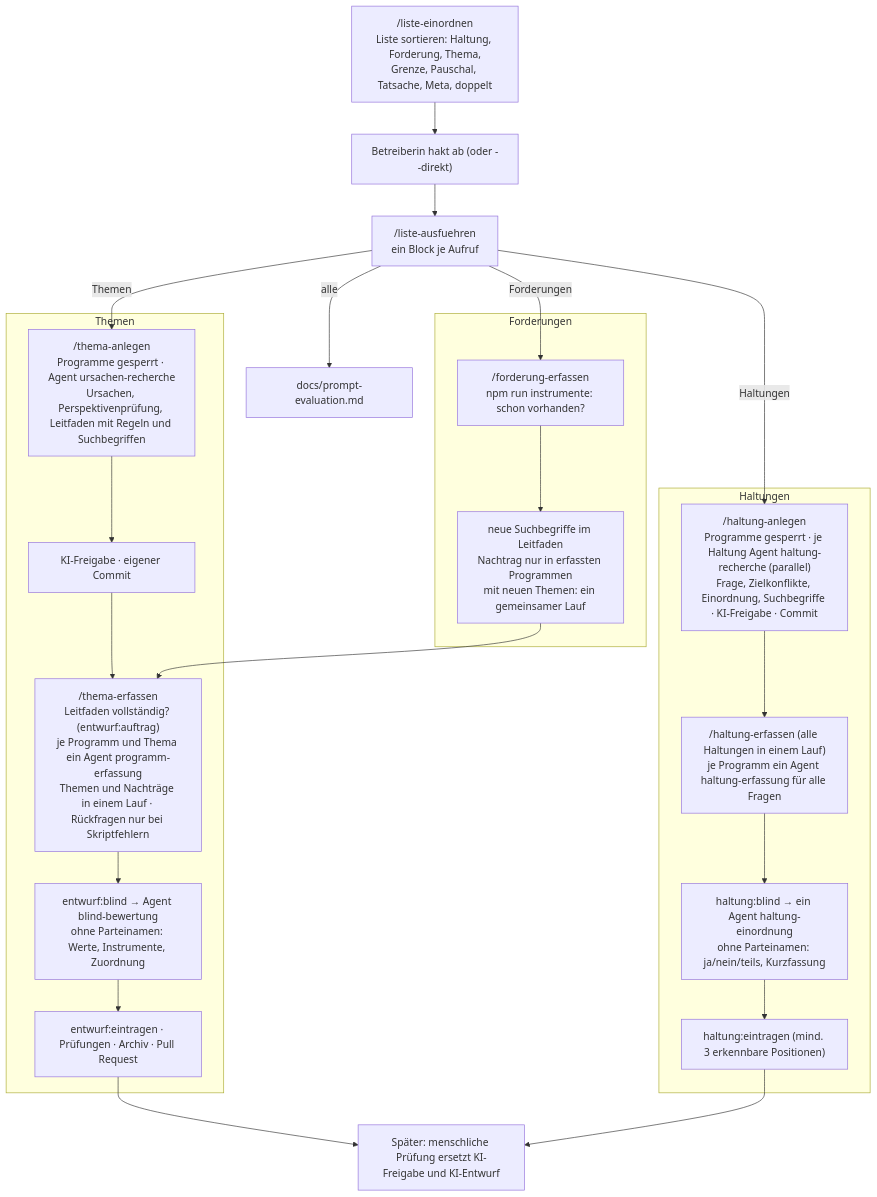
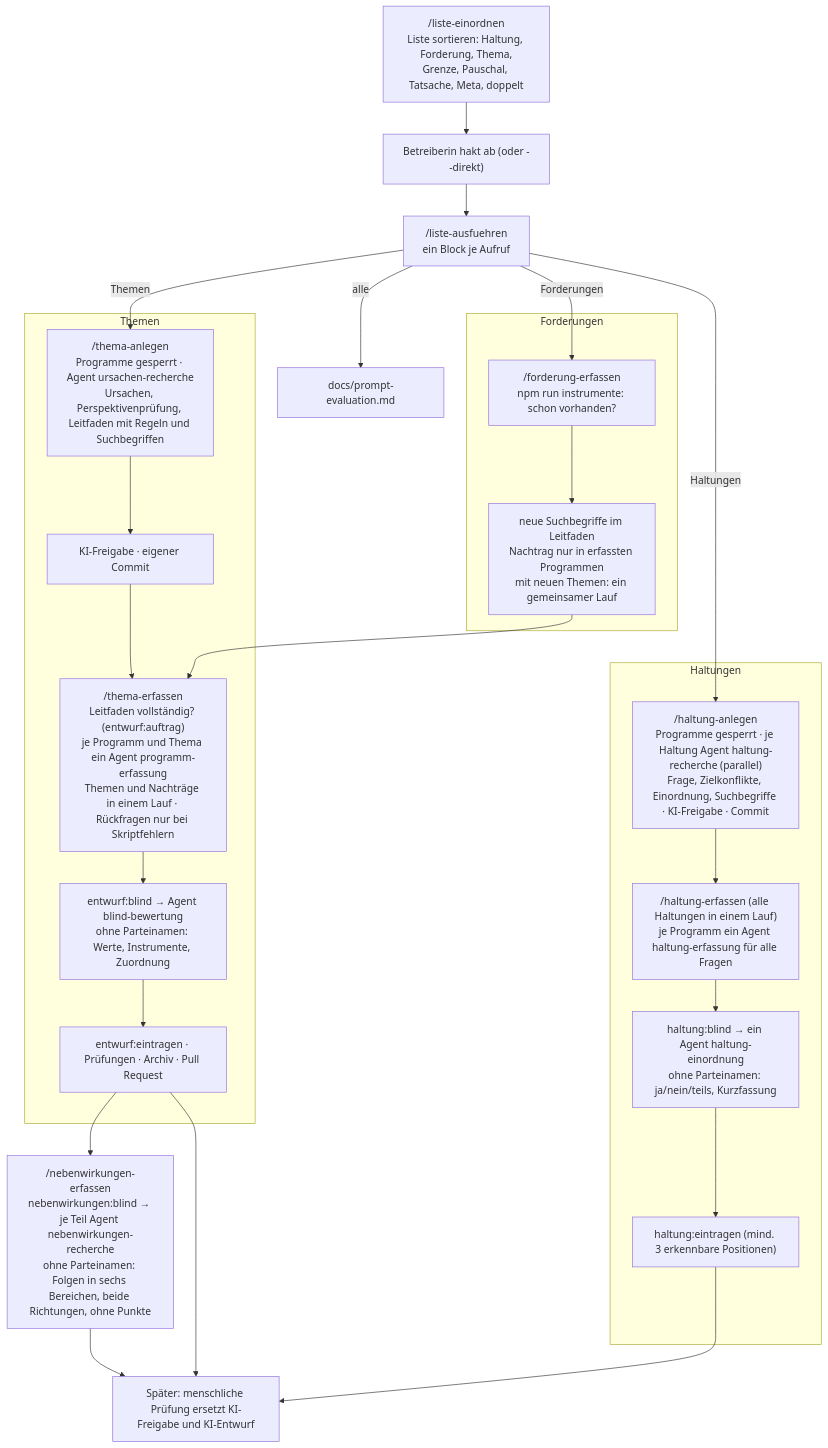
Before and after one commit to politik-duell/politik-duell: the diagram in .claude/skills/README.md, drawn with Mermaid. The commit also changed other lines of this file and 12 other files, not shown here.

First line of the commit message:
Skill /nebenwirkungen-erfassen mit den Lehren aus dem Pilot

````diff
--- a/.claude/skills/README.md
+++ b/.claude/skills/README.md
@@ -5,33 +5,35 @@
 ```mermaid
 flowchart TD
     L["/liste-einordnen<br/>Liste sortieren: Haltung, Forderung, Thema,<br/>Grenze, Pauschal, Tatsache, Meta, doppelt"]
     LA["Betreiberin hakt ab (oder --direkt)"]
     LB["/liste-ausfuehren<br/>ein Block je Aufruf"]
     L --> LA --> LB
     LB -->|Haltungen| H1
     LB -->|Themen| T1
     LB -->|Forderungen| F1
     LB -->|alle| EV["docs/prompt-evaluation.md"]
     subgraph T["Themen"]
         T1["/thema-anlegen<br/>Programme gesperrt · Agent ursachen-recherche<br/>Ursachen, Perspektivenprüfung, Leitfaden mit Regeln und Suchbegriffen"]
         T2["KI-Freigabe · eigener Commit"]
         T3["/thema-erfassen<br/>Leitfaden vollständig? (entwurf:auftrag)<br/>je Programm und Thema ein Agent programm-erfassung<br/>Themen und Nachträge in einem Lauf · Rückfragen nur bei Skriptfehlern"]
         T4["entwurf:blind → Agent blind-bewertung<br/>ohne Parteinamen: Werte, Instrumente, Zuordnung"]
         T5["entwurf:eintragen · Prüfungen · Archiv · Pull Request"]
         T1 --> T2 --> T3 --> T4 --> T5
     end
     subgraph F["Forderungen"]
         F1["/forderung-erfassen<br/>npm run instrumente: schon vorhanden?"]
         F2["neue Suchbegriffe im Leitfaden<br/>Nachtrag nur in erfassten Programmen<br/>mit neuen Themen: ein gemeinsamer Lauf"]
         F1 --> F2 --> T3
     end
     subgraph H["Haltungen"]
         H1["/haltung-anlegen<br/>Programme gesperrt · je Haltung Agent haltung-recherche (parallel)<br/>Frage, Zielkonflikte, Einordnung, Suchbegriffe · KI-Freigabe · Commit"]
         H2["/haltung-erfassen (alle Haltungen in einem Lauf)<br/>je Programm ein Agent haltung-erfassung für alle Fragen"]
         H3["haltung:blind → ein Agent haltung-einordnung<br/>ohne Parteinamen: ja/nein/teils, Kurzfassung"]
         H4["haltung:eintragen (mind. 3 erkennbare Positionen)"]
         H1 --> H2 --> H3 --> H4
     end
+    T5 --> N["/nebenwirkungen-erfassen<br/>nebenwirkungen:blind → je Teil Agent nebenwirkungen-recherche<br/>ohne Parteinamen: Folgen in sechs Bereichen, beide Richtungen, ohne Punkte"]
+    N --> P
     T5 --> P["Später: menschliche Prüfung ersetzt KI-Freigabe und KI-Entwurf"]
     H4 --> P
 ```
````
